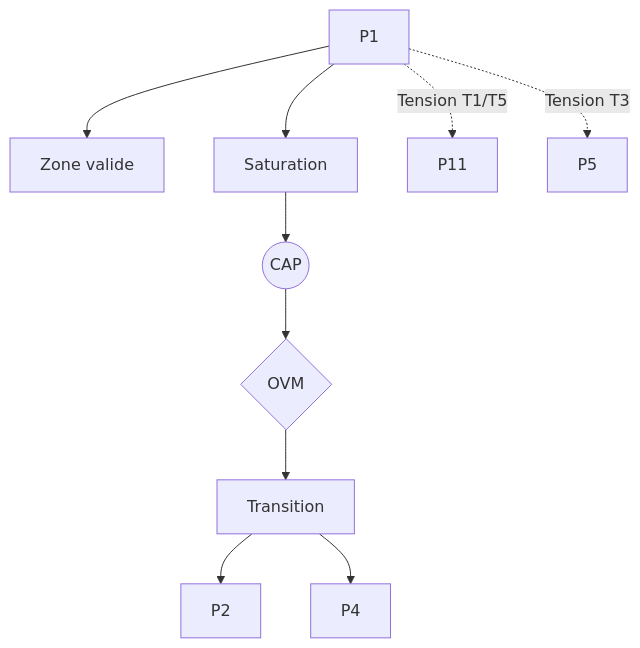
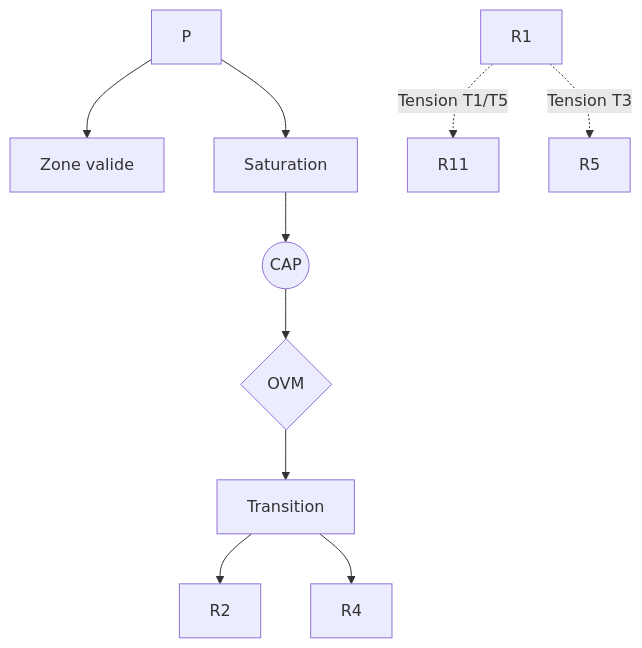
Before and after one commit to newgeko/protokin: the diagram in piliers/P1_cinetique_protonique.md, drawn with Mermaid. The commit also changed other lines of this file, not shown here.

````diff
--- a/piliers/P1_cinetique_protonique.md
+++ b/piliers/P1_cinetique_protonique.md
@@ -314,18 +314,18 @@
 ```mermaid
 graph TD
 
-P[P1]
+R[R1]
 
 P --> V[Zone valide]
 P --> S[Saturation]
 
 S --> CAP((CAP))
 CAP --> OVM{OVM}
 OVM --> T[Transition]
 
-T --> P2[P2]
-T --> P4[P4]
+T --> R2[R2]
+T --> R4[R4]
 
-P -. Tension T1/T5 .-> P11[P11]
-P -. Tension T3 .-> P5[P5]
+R -. Tension T1/T5 .-> R11[R11]
+R -. Tension T3 .-> R5[R5]
 ```
````
